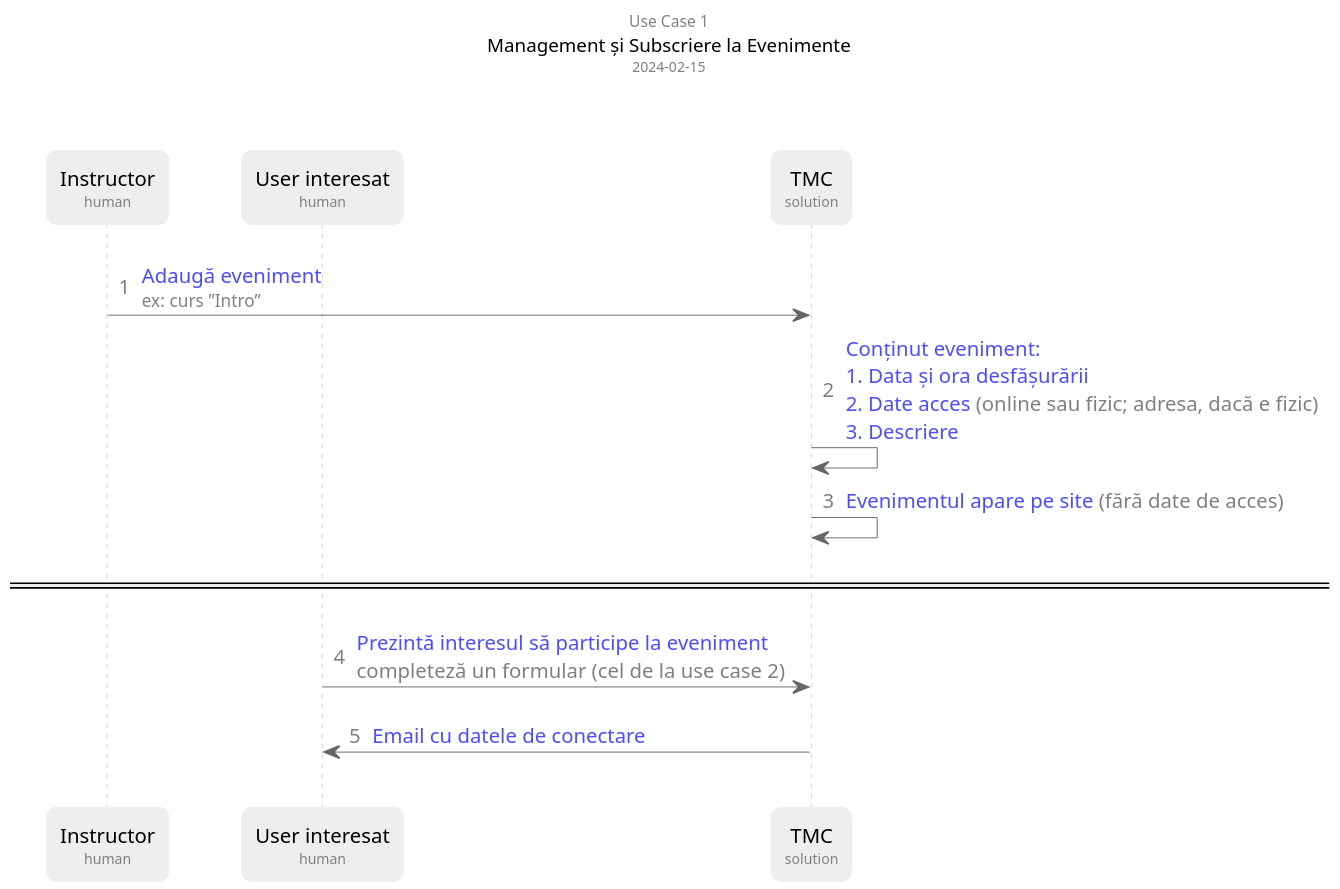
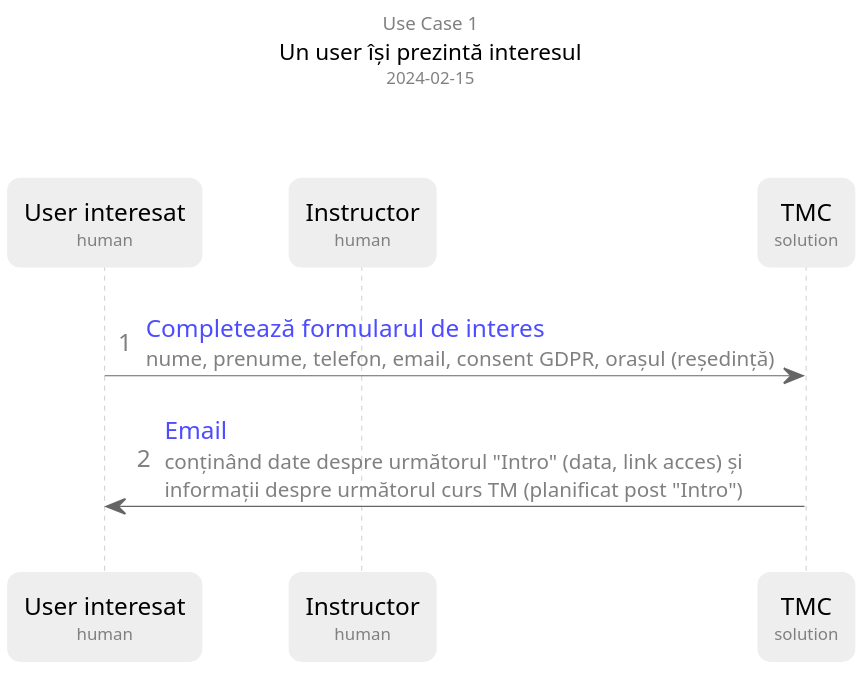
One commit to dxps/tmc changed the diagram in doc/usecase_1.puml. Above: the diagram before and after it, drawn with PlantUML. The commit also changed 7 other files, not shown here.

```diff
--- a/doc/usecase_1.puml
+++ b/doc/usecase_1.puml
@@ -1,65 +1,57 @@
 @startuml ""
-skinparam dpi 150
+skinparam dpi 180
 skinparam ArrowFontColor #4d4dff
 skinparam ArrowThickness 0.6
 skinparam Shadowing false
 skinparam RoundCorner 10
-skinparam BoxPadding 10
+skinparam BoxPadding 20
 skinparam TitleFontStyle regular
 skinparam DefaultFontName Arial
 skinparam DefaultFontSize 13
 skinparam NoteBackgroundColor #F1F1F1
 skinparam NoteBorderThickness 0
 skinparam NoteFontColor #2a2a2a
 skinparam NoteFontSize 10
 skinparam PartitionBorderThickness 1
 skinparam PartitionBorderColor #cccccc
 skinparam SequenceBoxBorderColor #ccc
 skinparam SequenceGroupBorderThickness 1
 skinparam SequenceGroupBorderColor #aaa
 skinparam SequenceGroupHeaderFontStyle normal
 skinparam SequenceGroupHeaderFontSize 11
 skinparam sequenceLifeLineBorderColor #ccc
 skinparam sequenceParticipantBackgroundColor #eee
 skinparam sequenceParticipantBorderColor #eee
 skinparam sequenceParticipantBorderThickness 4
 skinparam sequenceParticipantPadding 20
 skinparam sequence {
   ArrowColor #666666
 }
+
 autonumber "<font color=gray>## "
 
 title
 <font color="gray" size=10>Use Case 1
-<font size=12>Management și Subscriere la Evenimente
+<font size=12>Un user își prezintă interesul
 <font size=9 color="gray">2024-02-15</font>
 
 
 end title
 
-
+participant "User interesat\n<font size=9 color=gray>human" as ui
 participant "Instructor\n<font size=9 color=gray>human" as i
-participant "User interesat\n<font size=9 color=gray>human" as ui
 participant "TMC\n<font size=9 color=gray>solution" as tmc
 
 ||10|
 
-i -> tmc: Adaugă eveniment\n<font size=11 color=gray>ex: curs ”Intro”
-
-tmc -> tmc:Conținut eveniment:\n1. Data și ora desfășurării\n2. Date acces <font color=gray>(online sau fizic; adresa, dacă e fizic)\n3. Descriere
-
-tmc -> tmc:Evenimentul apare pe site <font color=gray>(fără date de acces)</font>
-
+ui -> tmc: Completează formularul de interes\n<font size=11 color=gray>nume, prenume, telefon, email, consent GDPR, orașul (reședință)
 ||8|
-
-====
-
-||10|
-ui -> tmc: Prezintă interesul să participe la eveniment\n<font color=gray>completeză un formular (cel de la use case 2)
-
-||10|
-tmc -> ui: Email cu datele de conectare
+tmc -> ui: Email\n<font size=11 color=gray>conținând date despre următorul "Intro" (data, link acces) și\n<font size=11 color=gray>informații despre următorul curs TM (planificat post "Intro")
 
 ||20|
 
+footer
+
+end footer
+
 @enduml
```
